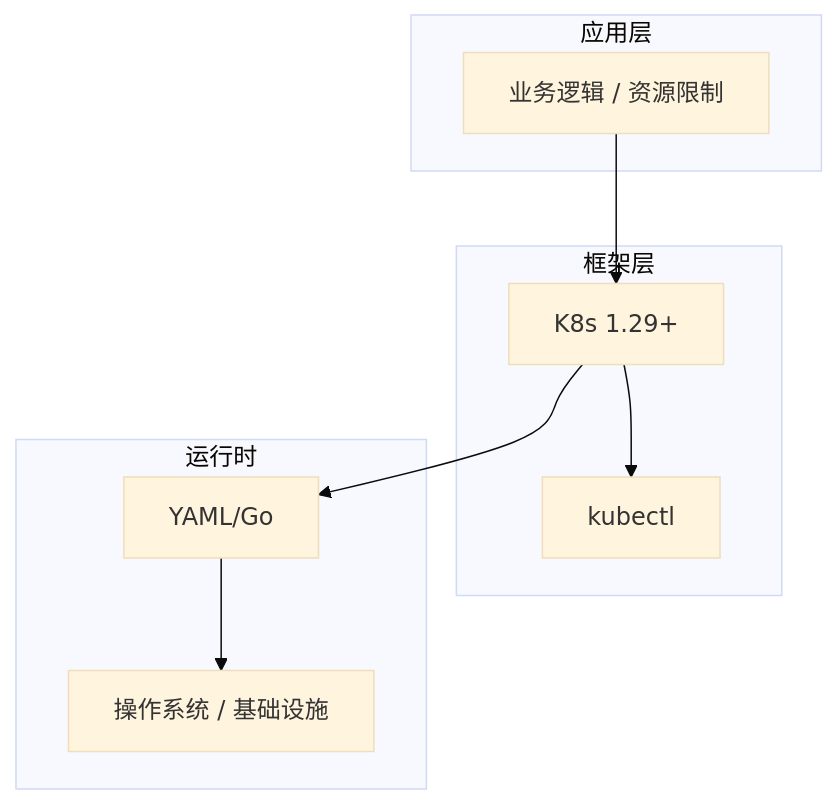
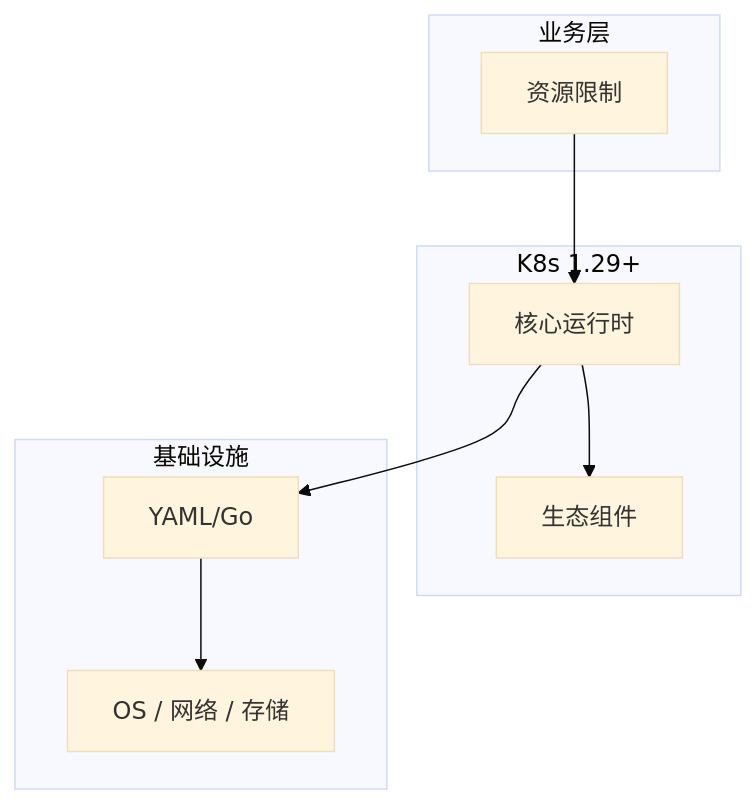
Before and after one commit to yanggan2015/knowledge-json-v2: the diagram in articles/Kubernetes/chapters/129-资源限制核心概念与原理.md, drawn with Mermaid (base theme). The commit also changed other lines of this file and 10127 other files, not shown here.

````diff
--- a/articles/Kubernetes/chapters/129-资源限制核心概念与原理.md
+++ b/articles/Kubernetes/chapters/129-资源限制核心概念与原理.md
@@ -45,18 +34,18 @@
 ```mermaid
 graph TB
-    subgraph 应用层
-        A[业务逻辑 / 资源限制]
+    subgraph 业务层
+        A[资源限制]
     end
-    subgraph 框架层
-        B[K8s 1.29+]
-        C[kubectl]
+    subgraph K8s 1.29+
+        B[核心运行时]
+        C[生态组件]
     end
-    subgraph 运行时
+    subgraph 基础设施
         D[YAML/Go]
-        E[操作系统 / 基础设施]
+        E[OS / 网络 / 存储]
     end
     A --> B
     B --> C
     B --> D
     D --> E
 ```
````
